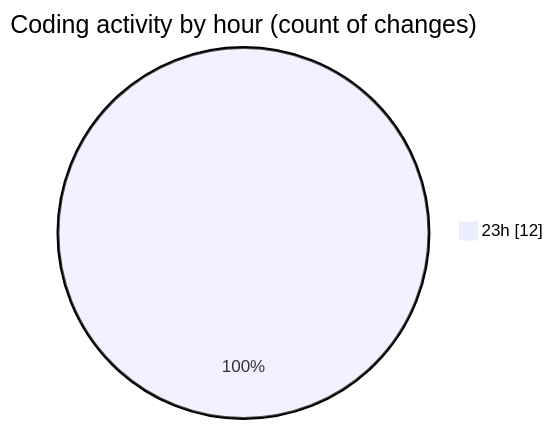
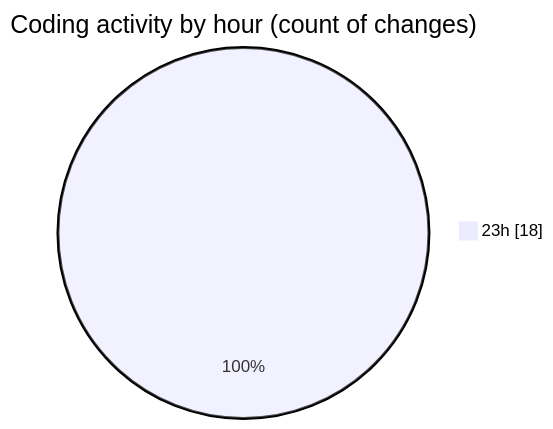
One commit to Unknowalive/code-tracking changed the second of 2 diagrams in 2026-04-20/assignment_2/README.md. Above: the diagram before and after it, drawn with Mermaid. The commit also changed other lines of this file and 1 other file, not shown here.

````diff
--- a/2026-04-20/assignment_2/README.md
+++ b/2026-04-20/assignment_2/README.md
@@ -29,5 +29,5 @@
 ```mermaid
 pie showData
 title Coding activity by hour (count of changes)
-"23h" : 12
+"23h" : 18
 ```
````
